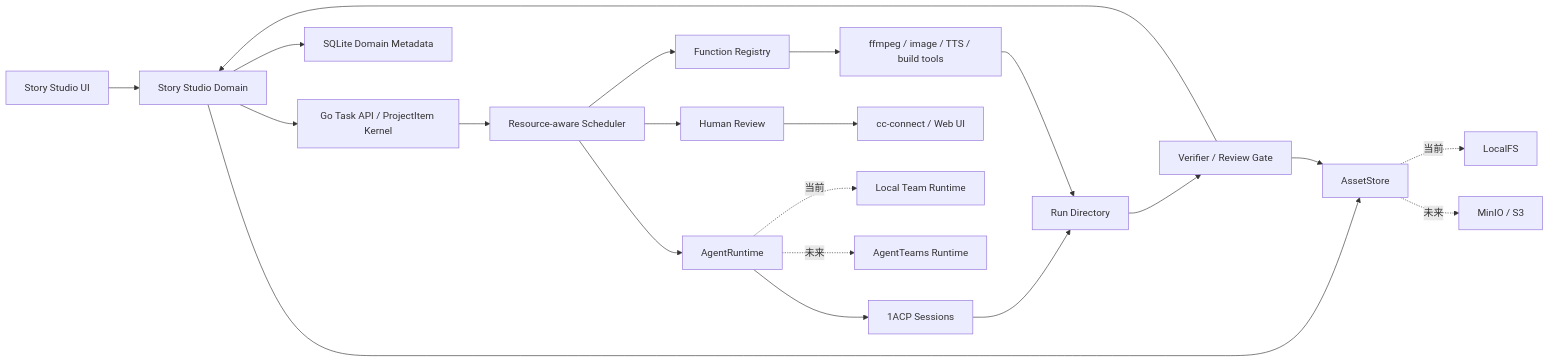
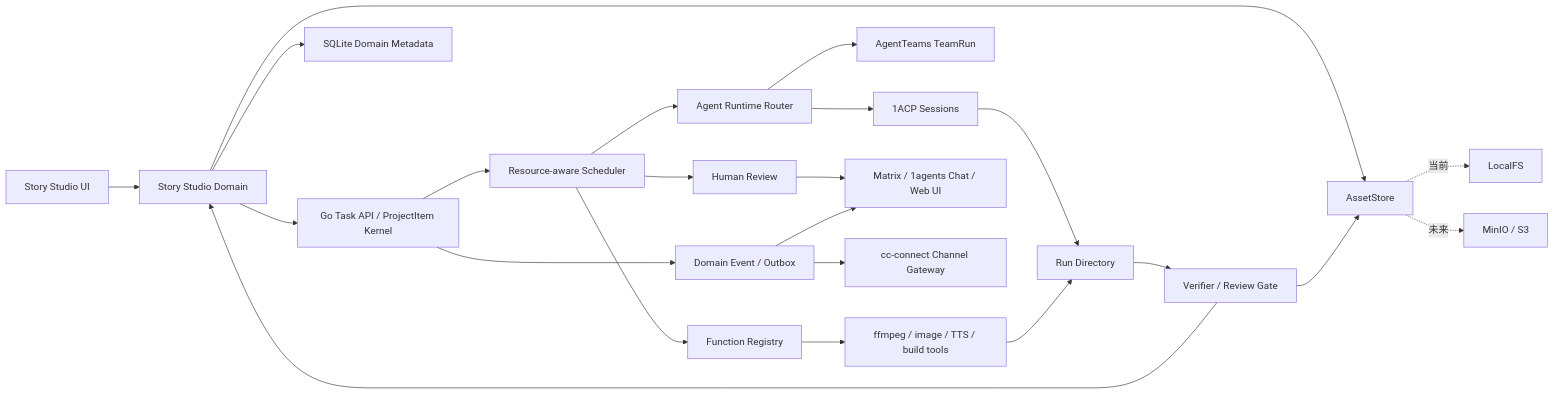
One commit to scottzx/1agents changed the second of 2 diagrams in docs/GOAI/技术方案（长期）-v1.md. Above: the diagram before and after it, drawn with Mermaid. The commit also changed other lines of this file and 5 other files, not shown here.

````diff
--- a/docs/GOAI/技术方案（长期）-v1.md
+++ b/docs/GOAI/技术方案（长期）-v1.md
@@ -999,28 +990,30 @@
 ```mermaid
 flowchart LR
     UI["Story Studio UI"] --> APP["Story Studio Domain"]
     APP --> TASK["Go Task API / ProjectItem Kernel"]
     APP --> META["SQLite Domain Metadata"]
     APP --> ASSET["AssetStore"]
 
     TASK --> SCHED["Resource-aware Scheduler"]
-    SCHED --> AR["AgentRuntime"]
+    SCHED --> AR["Agent Runtime Router"]
     SCHED --> FR["Function Registry"]
     SCHED --> HR["Human Review"]
 
     AR --> ACP["1ACP Sessions"]
+    AR --> AT["AgentTeams TeamRun"]
     FR --> MEDIA["ffmpeg / image / TTS / build tools"]
-    HR --> CC["cc-connect / Web UI"]
+    HR --> CHAT["Matrix / 1agents Chat / Web UI"]
 
     ACP --> RUN["Run Directory"]
     MEDIA --> RUN
     RUN --> VERIFY["Verifier / Review Gate"]
     VERIFY --> ASSET
     VERIFY --> APP
 
     ASSET -. "当前" .-> FS["LocalFS"]
     ASSET -. "未来" .-> S3["MinIO / S3"]
 
-    AR -. "当前" .-> LOCAL["Local Team Runtime"]
-    AR -. "未来" .-> AT["AgentTeams Runtime"]
+    TASK --> EVENT["Domain Event / Outbox"]
+    EVENT --> CHAT
+    EVENT --> CC["cc-connect Channel Gateway"]
 ```
````
